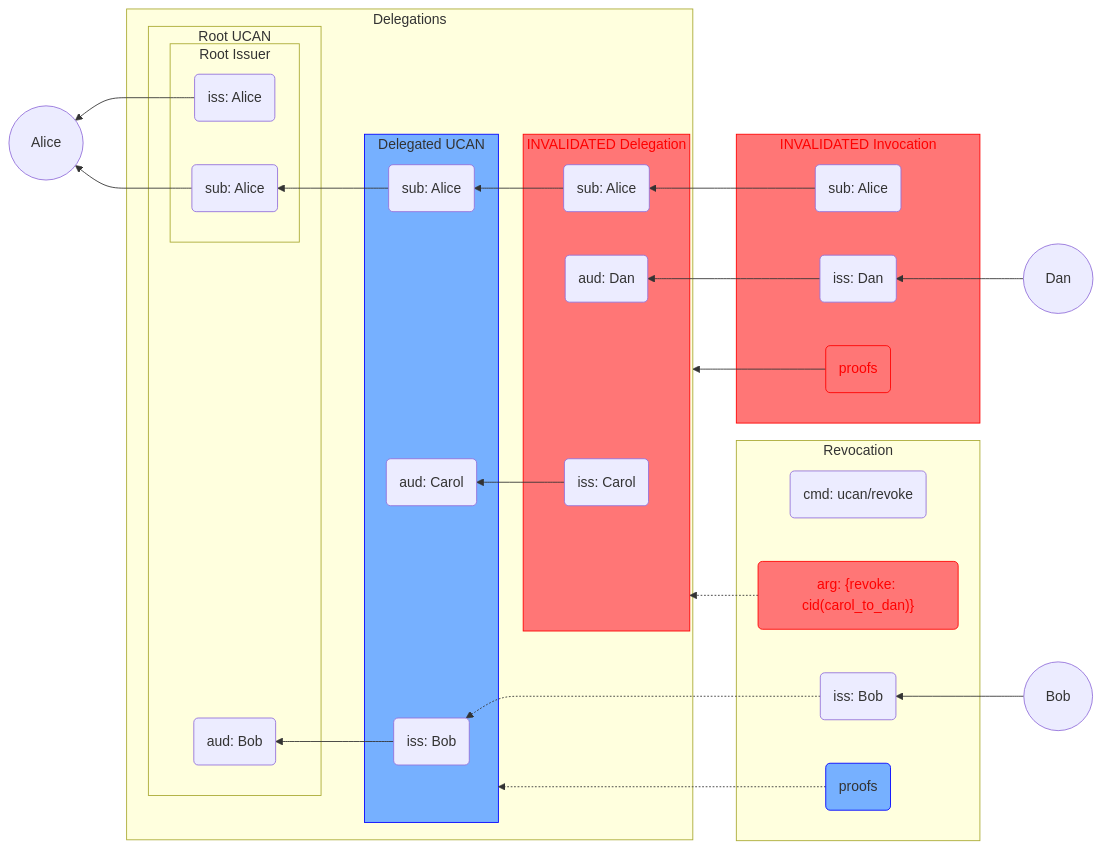
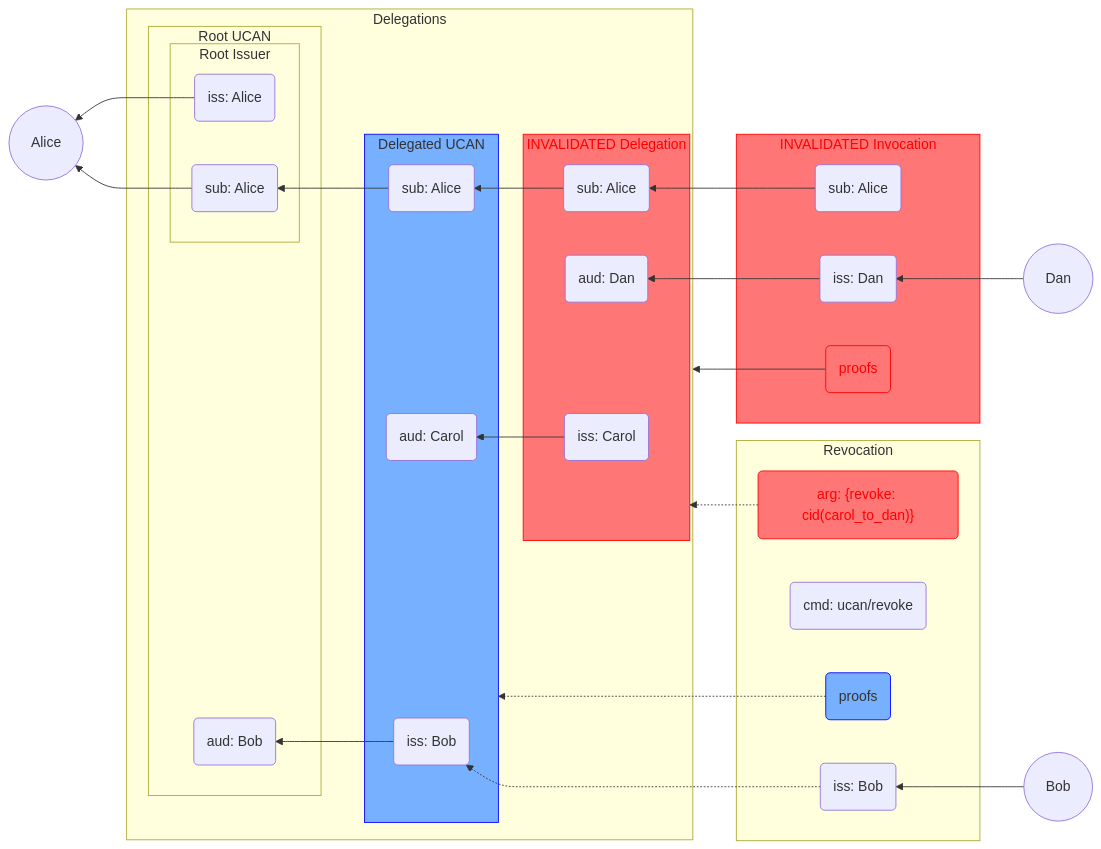
Before and after one commit to ucan-wg/revocation: the first of 2 diagrams in README.md, drawn with Mermaid. The commit also changed other lines of this file, not shown here.

````diff
--- a/README.md
+++ b/README.md
@@ -44,65 +44,65 @@
 ``` mermaid
 flowchart RL
     invoker((&nbsp&nbsp&nbsp&nbspDan&nbsp&nbsp&nbsp&nbsp))
     revoker((&nbsp&nbsp&nbsp&nbspBob&nbsp&nbsp&nbsp&nbsp))
     subject((&nbsp&nbsp&nbsp&nbspAlice&nbsp&nbsp&nbsp&nbsp))
 
     subgraph Delegations
         subgraph root [Root UCAN]
             subgraph rooting [Root Issuer]
                 rootIss(iss: Alice)
                 rootSub(sub: Alice)
             end
 
             rootAud(aud: Bob)
         end
 
         subgraph del1 [Delegated UCAN]
             del1Iss(iss: Bob) --> rootAud
             del1Sub(sub: Alice)
             del1Aud(aud: Carol)
 
 
             del1Sub --> rootSub
         end
 
         subgraph del2 [INVALIDATED Delegation]
             del2Iss(iss: Carol) --> del1Aud
             del2Sub(sub: Alice)
             del2Aud(aud: Dan)
 
             del2Sub --> del1Sub
         end
     end
 
     subgraph rev [Revocation]
+        revArg("arg: {revoke: cid(carol_to_dan)}")
         revCmd("cmd: ucan/revoke")
-        revArg("arg: {revoke: cid(carol_to_dan)}")
+        revPrf("proofs")
         revIss(iss: Bob)
-        revPrf("proofs")
     end
 
      subgraph inv [INVALIDATED Invocation]
         invSub(sub: Alice)
         invIss(iss: Dan)
         invPrf("proofs")
     end
 
     revoker --> revIss
     revArg:::revoked -.-> del2:::revoked
     revIss -.-> del1Iss
     revPrf:::revocation -.-> del1:::revocation
 
     inv:::revoked
     invPrf:::revoked
 
     invIss --> del2Aud
     invoker --> invIss
     invSub --> del2Sub
     rootIss --> subject
     rootSub --> subject
     invPrf --> Delegations
 
     classDef revocation stroke:blue,fill:#76b0ff
     classDef revoked stroke:red,fill:#ff7676,color:red
 ```
````
